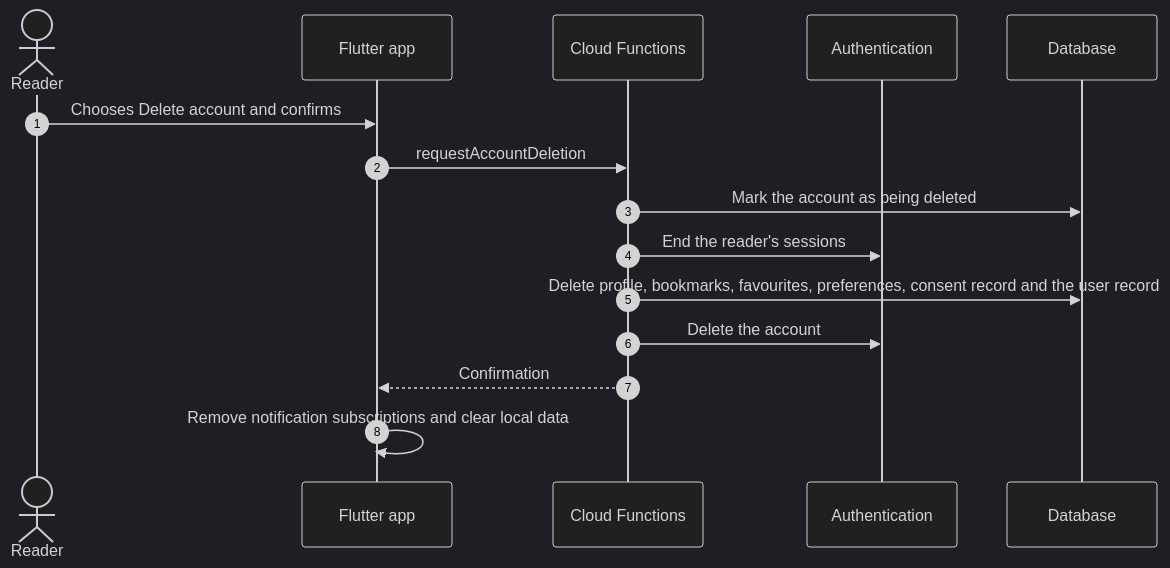
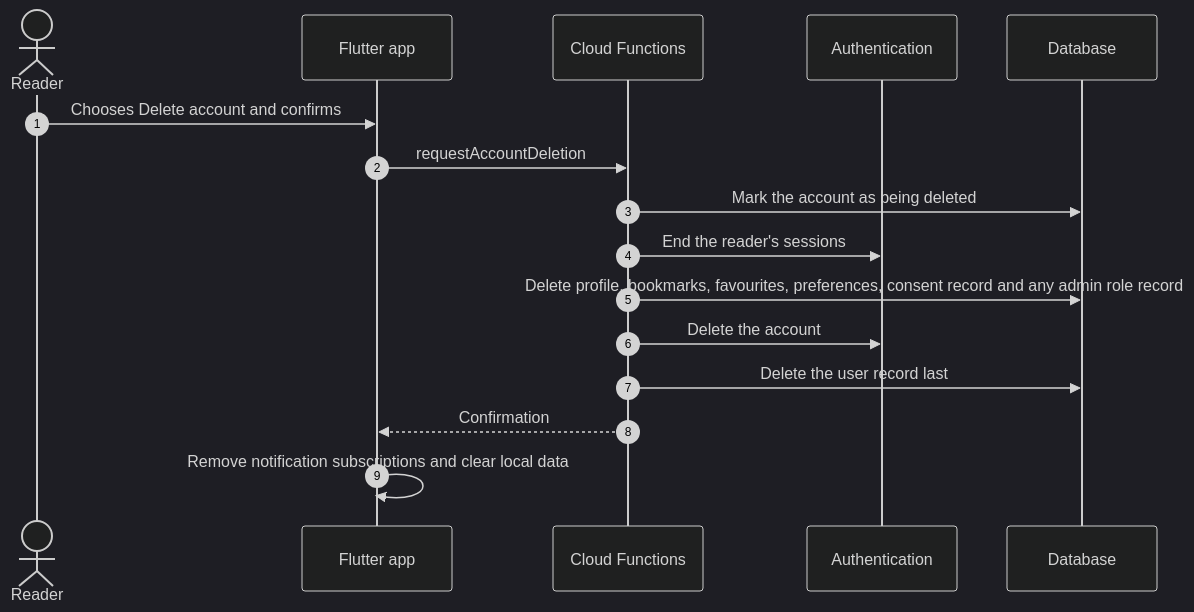
One commit to sanikaattarde/Metal-Forming-World-MFW- changed the ninth of 12 diagrams in Documentation/SYSTEM_ARCHITECTURE.md. Above: the diagram before and after it, drawn with Mermaid (dark theme). The commit also changed other lines of this file and 3 other files, not shown here.

First line of the commit message:
docs(architecture): follow the review of issue 32

````diff
--- a/Documentation/SYSTEM_ARCHITECTURE.md
+++ b/Documentation/SYSTEM_ARCHITECTURE.md
@@ -947,17 +955,18 @@
 ```mermaid
 sequenceDiagram
   autonumber
   actor R as Reader
   participant App as Flutter app
   participant Fn as Cloud Functions
   participant Auth as Authentication
   participant DB as Database
   R->>App: Chooses Delete account and confirms
   App->>Fn: requestAccountDeletion
   Fn->>DB: Mark the account as being deleted
   Fn->>Auth: End the reader's sessions
-  Fn->>DB: Delete profile, bookmarks, favourites, preferences, consent record and the user record
+  Fn->>DB: Delete profile, bookmarks, favourites, preferences, consent record and any admin role record
   Fn->>Auth: Delete the account
+  Fn->>DB: Delete the user record last
   Fn-->>App: Confirmation
   App->>App: Remove notification subscriptions and clear local data
 ```
````
